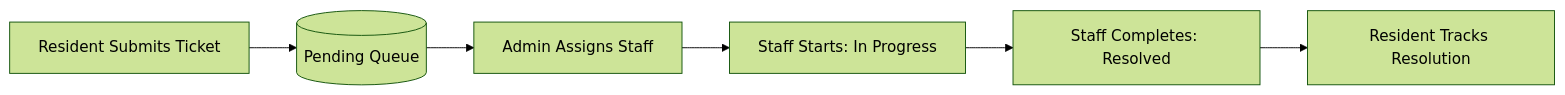
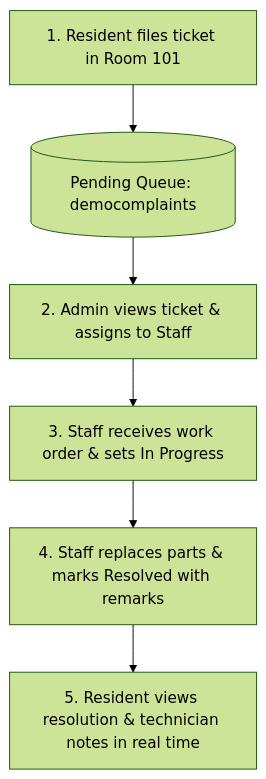
One commit to r0kumar/FixMate-PG-Hostel-Maintenance-Tracker changed the diagram in README.md. Above: the diagram before and after it, drawn with Mermaid (forest theme). The commit also changed other lines of this file, not shown here.

Commit message:
Update README with dual architecture, setup instructions, and demo sandbox

````diff
--- a/README.md
+++ b/README.md
@@ -70,8 +121,8 @@
 ```mermaid
-flowchart LR
-    A[Resident Submits Ticket] --> B[(Pending Queue)]
-    B --> C[Admin Assigns Staff]
-    C --> D[Staff Starts: In Progress]
-    D --> E[Staff Completes: Resolved]
-    E --> F[Resident Tracks Resolution]
+flowchart TD
+    A[1. Resident files ticket in Room 101] --> B[(Pending Queue: democomplaints)]
+    B --> C[2. Admin views ticket & assigns to Staff]
+    C --> D[3. Staff receives work order & sets In Progress]
+    D --> E[4. Staff replaces parts & marks Resolved with remarks]
+    E --> F[5. Resident views resolution & technician notes in real time]
 ```
````
